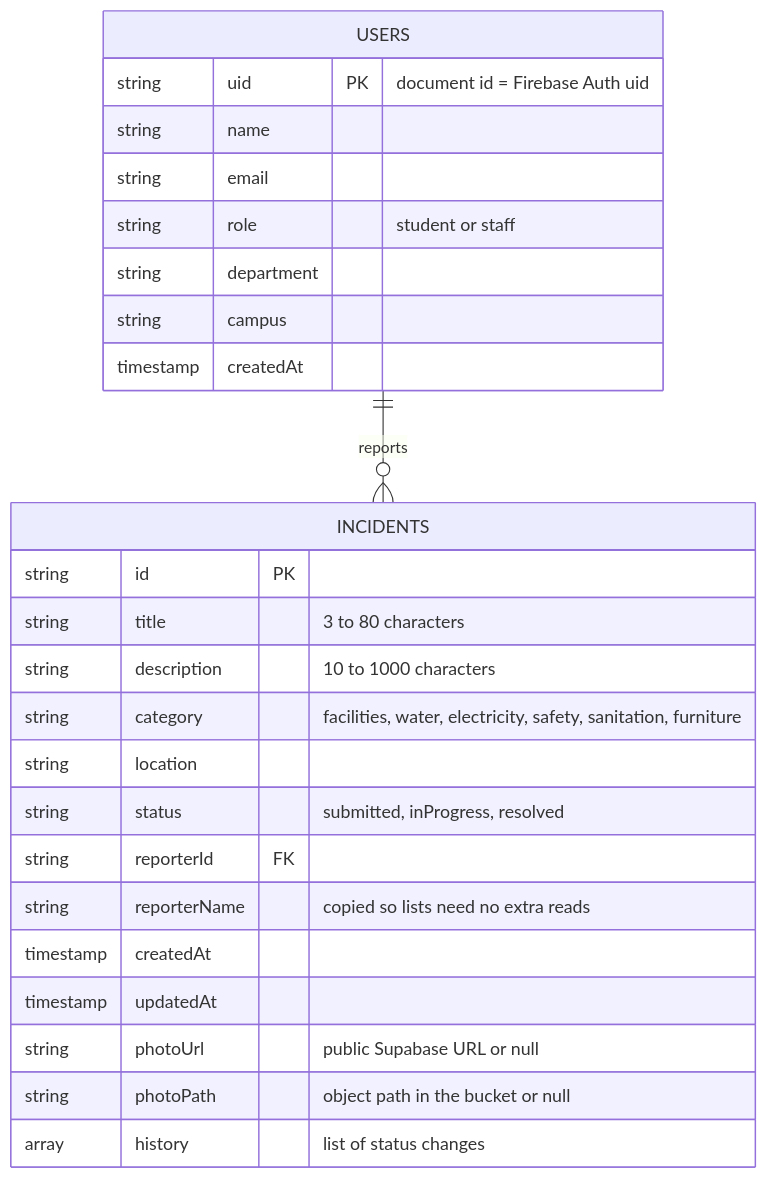
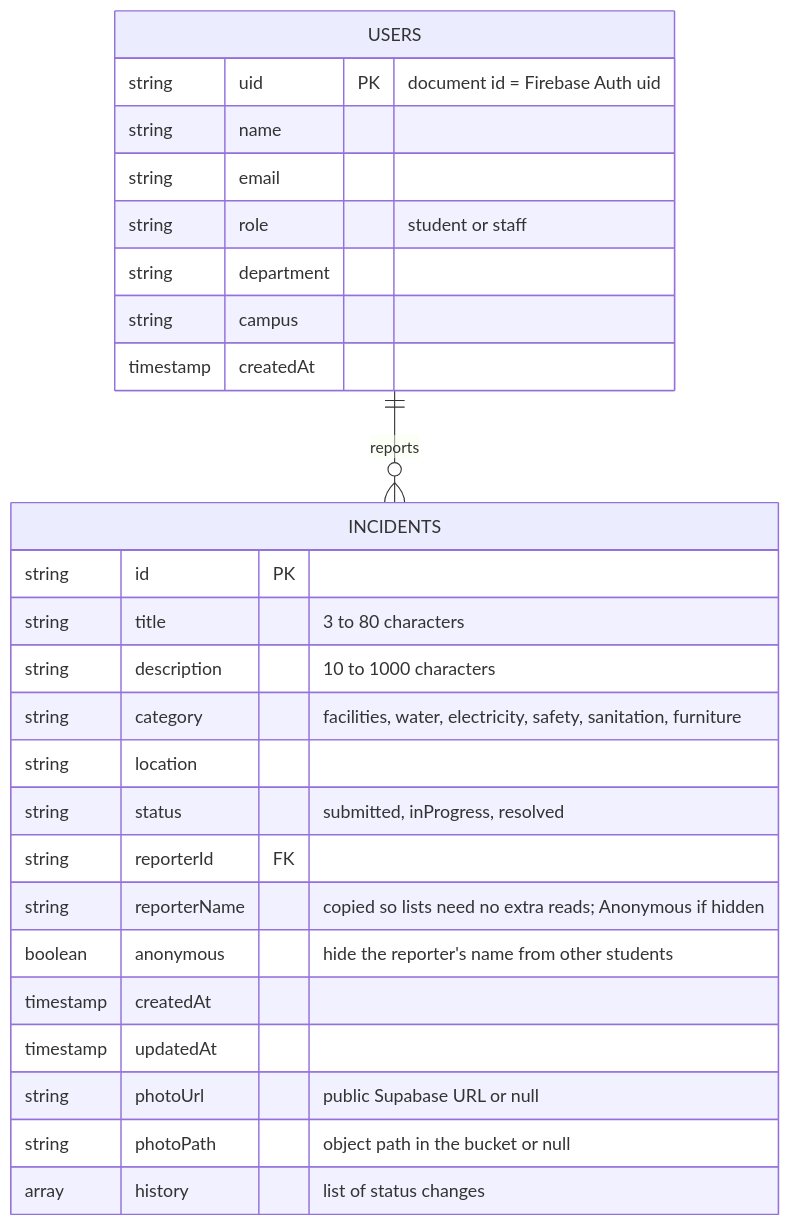
The third of 4 diagrams in docs/ARCHITECTURE.md (Byiringiro-saaad/Formative_assignment2), drawn with Mermaid before and after one commit. The commit also changed other lines of this file and 11 other files, not shown here.

````diff
--- a/docs/ARCHITECTURE.md
+++ b/docs/ARCHITECTURE.md
@@ -91,28 +94,29 @@
 ```mermaid
 erDiagram
   USERS ||--o{ INCIDENTS : reports
   USERS {
     string uid PK "document id = Firebase Auth uid"
     string name
     string email
     string role "student or staff"
     string department
     string campus
     timestamp createdAt
   }
   INCIDENTS {
     string id PK
     string title "3 to 80 characters"
     string description "10 to 1000 characters"
     string category "facilities, water, electricity, safety, sanitation, furniture"
     string location
     string status "submitted, inProgress, resolved"
     string reporterId FK
-    string reporterName "copied so lists need no extra reads"
+    string reporterName "copied so lists need no extra reads; Anonymous if hidden"
+    boolean anonymous "hide the reporter's name from other students"
     timestamp createdAt
     timestamp updatedAt
     string photoUrl "public Supabase URL or null"
     string photoPath "object path in the bucket or null"
     array history "list of status changes"
   }
 ```
````
